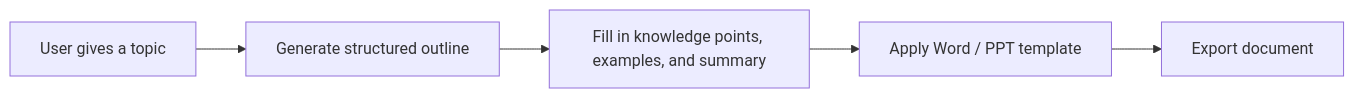
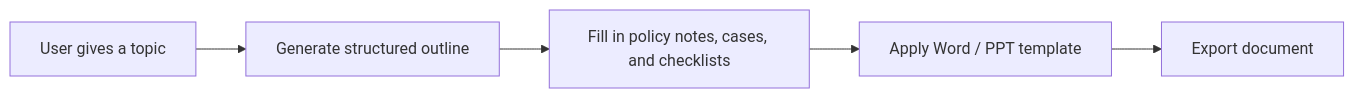
Before and after one commit to oudbiao/AI-fullstack-course: the diagram in docs/ch08-rag/ch03-app-dev/08-template-doc-generation.md, drawn with Mermaid. The commit also changed other lines of this file and 11 other files, not shown here.

````diff
--- a/docs/ch08-rag/ch03-app-dev/08-template-doc-generation.md
+++ b/docs/ch08-rag/ch03-app-dev/08-template-doc-generation.md
@@ -41,7 +41,7 @@
 ```mermaid
 flowchart LR
     A["User gives a topic"] --> B["Generate structured outline"]
-    B --> C["Fill in knowledge points, examples, and summary"]
+    B --> C["Fill in policy notes, cases, and checklists"]
     C --> D["Apply Word / PPT template"]
     D --> E["Export document"]
 ```
````
